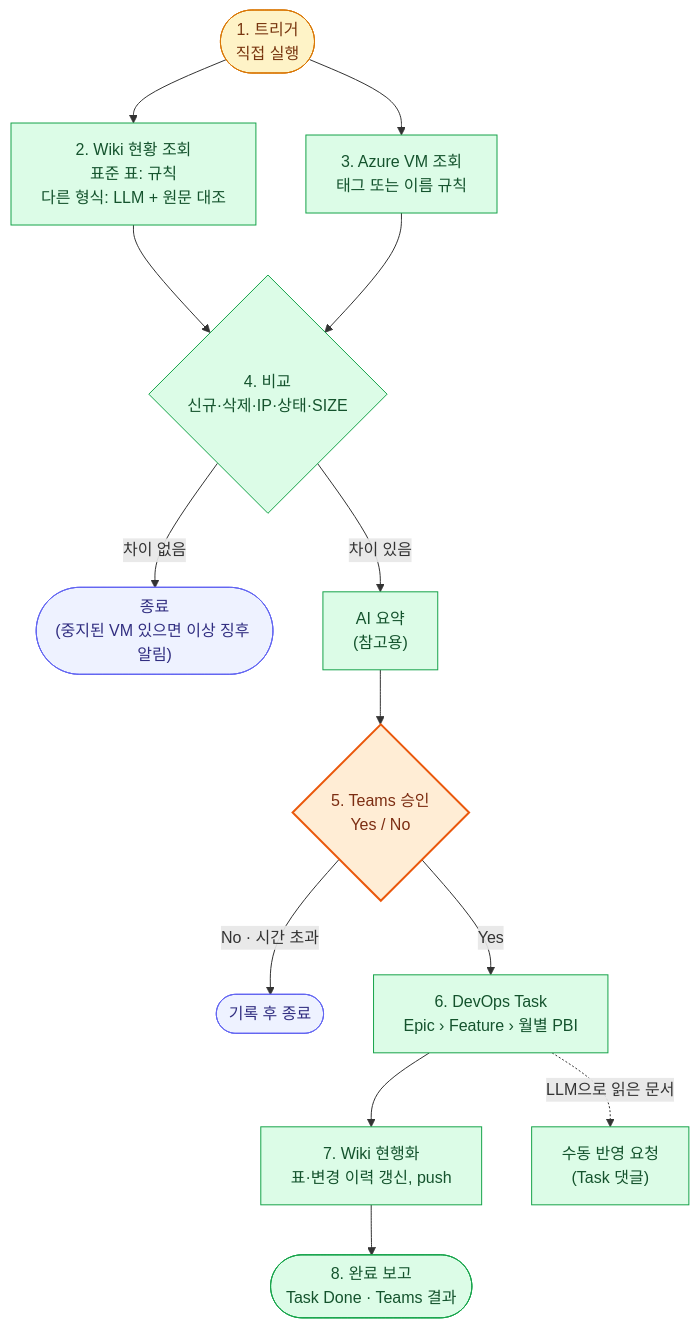
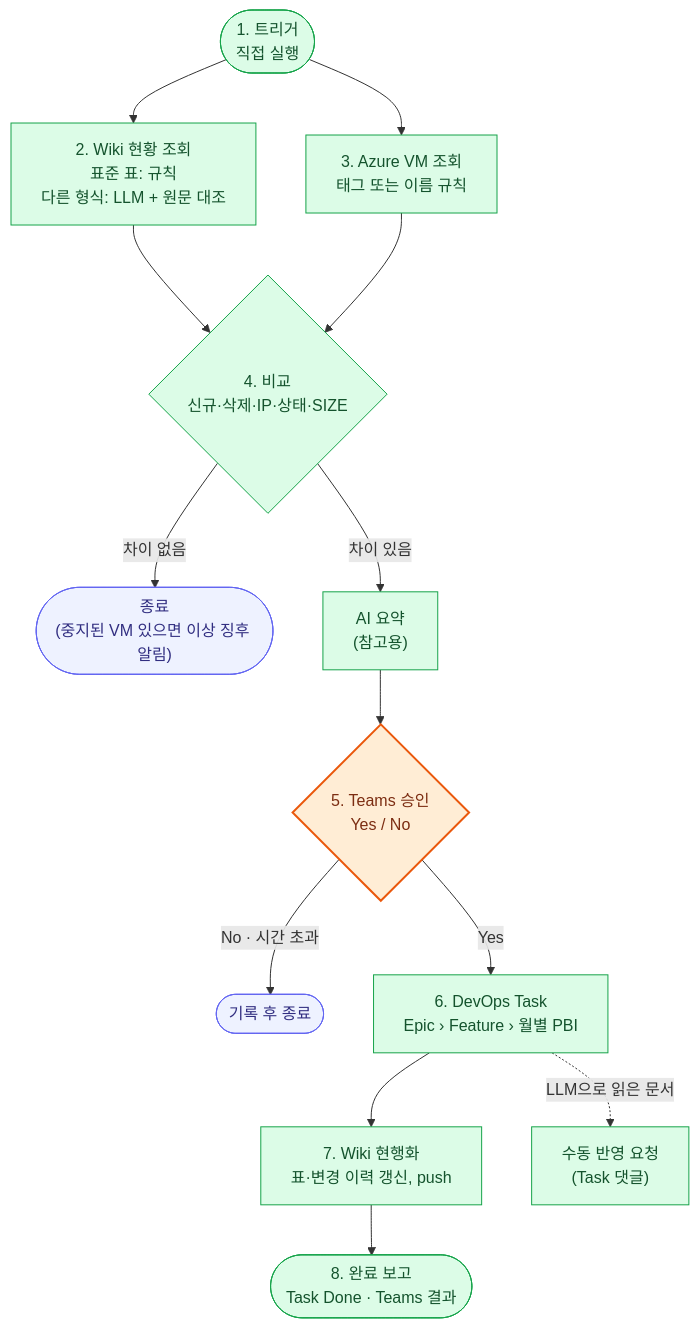
The second of 10 diagrams in README.md (pcmola/ai-master), drawn with Mermaid before and after one commit. The commit also changed other lines of this file and 4 other files, not shown here.

````diff
--- a/README.md
+++ b/README.md
@@ -67,26 +68,25 @@
 ```mermaid
 flowchart TD
     t(["1. 트리거<br/>직접 실행"]) --> w["2. Wiki 현황 조회<br/>표준 표: 규칙<br/>다른 형식: LLM + 원문 대조"]
     t --> az["3. Azure VM 조회<br/>태그 또는 이름 규칙"]
     w --> c{"4. 비교<br/>신규·삭제·IP·상태·SIZE"}
     az --> c
     c -- "차이 없음" --> end0(["종료<br/>(중지된 VM 있으면 이상 징후 알림)"])
     c -- "차이 있음" --> ai["AI 요약<br/>(참고용)"]
     ai --> ap{"5. Teams 승인<br/>Yes / No"}
     ap -- "No · 시간 초과" --> end1(["기록 후 종료"])
     ap -- "Yes" --> task["6. DevOps Task<br/>Epic › Feature › 월별 PBI"]
     task --> wu["7. Wiki 현행화<br/>표·변경 이력 갱신, push"]
     task -. "LLM으로 읽은 문서" .-> man["수동 반영 요청<br/>(Task 댓글)"]
     wu --> rep(["8. 완료 보고<br/>Task Done · Teams 결과"])
 
     classDef done fill:#DCFCE7,stroke:#16A34A,color:#14532D
     classDef part fill:#FEF3C7,stroke:#D97706,color:#78350F
     classDef todo fill:#F1F5F9,stroke:#94A3B8,stroke-dasharray:4 3,color:#64748B
     classDef user fill:#FFEDD5,stroke:#EA580C,stroke-width:2px,color:#7C2D12
     classDef io fill:#EEF2FF,stroke:#6366F1,color:#312E81
     classDef ext fill:#E0F2FE,stroke:#0284C7,color:#0C4A6E
-    class t part
-    class w,az,c,ai,task,wu,rep,man done
+    class t,w,az,c,ai,task,wu,rep,man done
     class ap user
     class end0,end1 io
 ```
````
